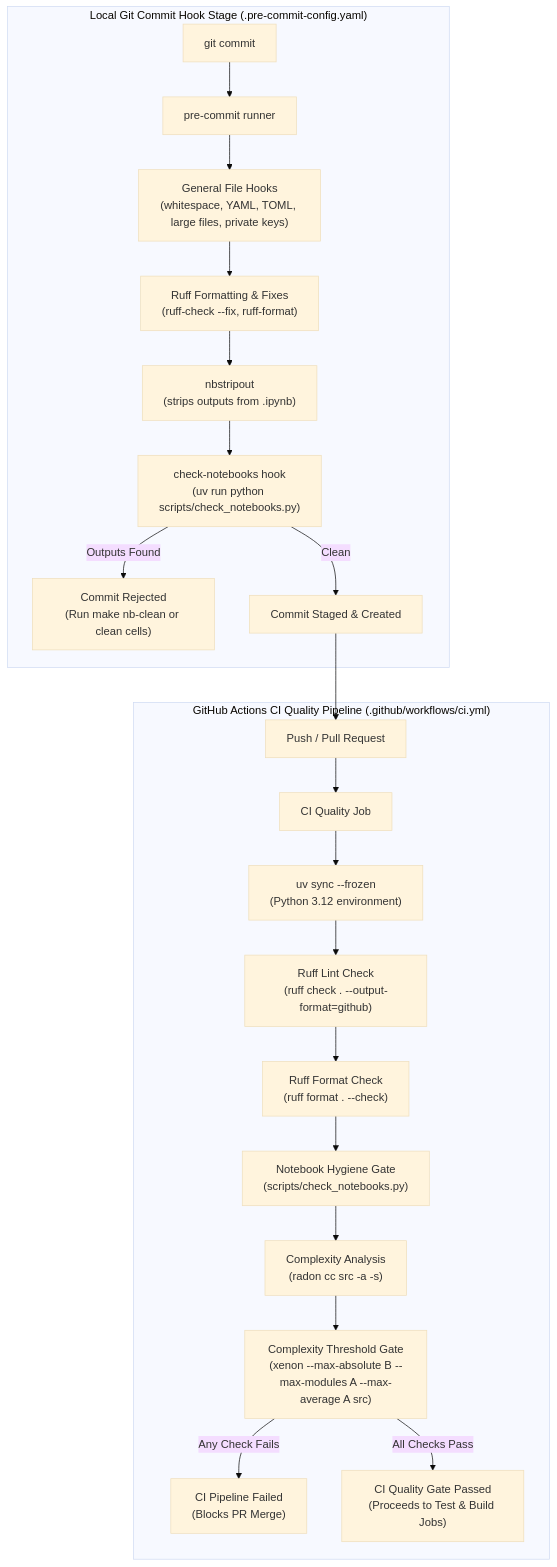
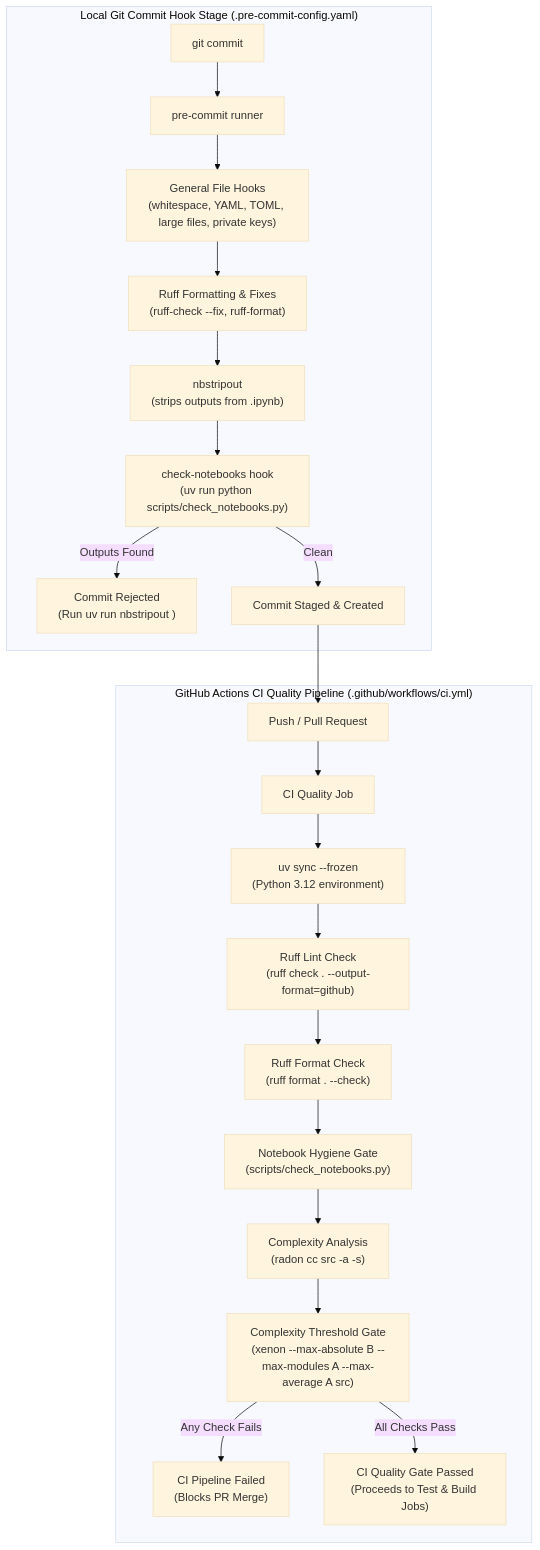
The diagram in openwiki/workflows/development_and_quality.md (PosTech9MLET/tech-challenge-fase-4), drawn with Mermaid (base theme) before and after one commit. The commit also changed other lines of this file and 15 other files, not shown here.

````diff
--- a/openwiki/workflows/development_and_quality.md
+++ b/openwiki/workflows/development_and_quality.md
@@ -31,26 +33,26 @@
 ```mermaid
 flowchart TD
     subgraph LocalCommit ["Local Git Commit Hook Stage (.pre-commit-config.yaml)"]
         GitCommit["git commit"] --> PreCommitRunner["pre-commit runner"]
         PreCommitRunner --> GeneralHygiene["General File Hooks\n(whitespace, YAML, TOML, large files, private keys)"]
         GeneralHygiene --> RuffLocal["Ruff Formatting & Fixes\n(ruff-check --fix, ruff-format)"]
         RuffLocal --> NbStripout["nbstripout\n(strips outputs from .ipynb)"]
         NbStripout --> CheckNbLocal["check-notebooks hook\n(uv run python scripts/check_notebooks.py)"]
-        CheckNbLocal -->|Outputs Found| CommitFail["Commit Rejected\n(Run make nb-clean or clean cells)"]
+        CheckNbLocal -->|Outputs Found| CommitFail["Commit Rejected\n(Run uv run nbstripout <notebook.ipynb>)"]
         CheckNbLocal -->|Clean| CommitSuccess["Commit Staged & Created"]
     end
 
     subgraph CIStage ["GitHub Actions CI Quality Pipeline (.github/workflows/ci.yml)"]
         PushPR["Push / Pull Request"] --> CIWorkflow["CI Quality Job"]
         CIWorkflow --> SetupEnv["uv sync --frozen\n(Python 3.12 environment)"]
         SetupEnv --> RuffLintCI["Ruff Lint Check\n(ruff check . --output-format=github)"]
         RuffLintCI --> RuffFormatCI["Ruff Format Check\n(ruff format . --check)"]
         RuffFormatCI --> CheckNbCI["Notebook Hygiene Gate\n(scripts/check_notebooks.py)"]
         CheckNbCI --> RadonCI["Complexity Analysis\n(radon cc src -a -s)"]
         RadonCI --> XenonCI["Complexity Threshold Gate\n(xenon --max-absolute B --max-modules A --max-average A src)"]
         XenonCI -->|Any Check Fails| CIFail["CI Pipeline Failed\n(Blocks PR Merge)"]
         XenonCI -->|All Checks Pass| CIPass["CI Quality Gate Passed\n(Proceeds to Test & Build Jobs)"]
     end
 
     CommitSuccess --> PushPR
 ```
````
